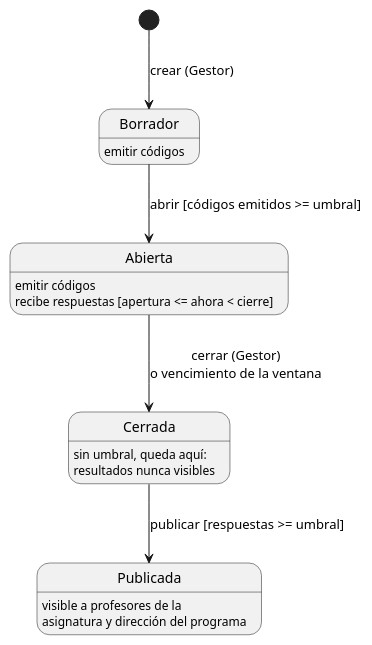
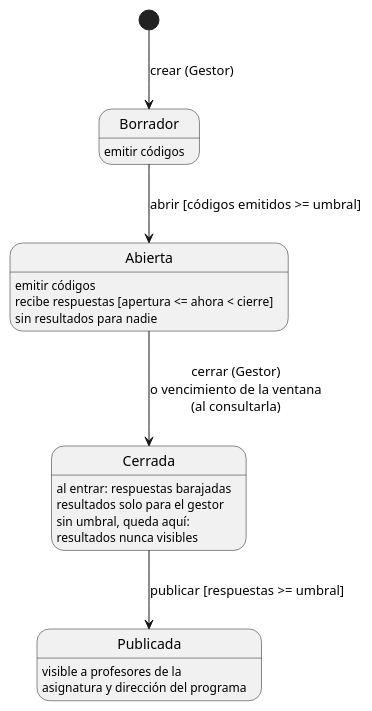
One commit to mmasias/pyPULSO changed the diagram in RUP/00-modelo-del-dominio/estados-entidades/encuesta.puml. Above: the diagram before and after it, drawn with PlantUML. The commit also changed 14 other files, not shown here.

First line of the commit message:
fix(anonimato): sin resultados en vivo y orden de llegada borrado al cerrar

```diff
--- a/RUP/00-modelo-del-dominio/estados-entidades/encuesta.puml
+++ b/RUP/00-modelo-del-dominio/estados-entidades/encuesta.puml
@@ -1,12 +1,15 @@
 @startuml encuesta
 hide empty description
 [*] --> Borrador : crear (Gestor)
 Borrador : emitir códigos
 Borrador --> Abierta : abrir [códigos emitidos >= umbral]
 Abierta : emitir códigos
 Abierta : recibe respuestas [apertura <= ahora < cierre]
-Abierta --> Cerrada : cerrar (Gestor)\no vencimiento de la ventana
+Abierta : sin resultados para nadie
+Abierta --> Cerrada : cerrar (Gestor)\no vencimiento de la ventana\n(al consultarla)
 Cerrada --> Publicada : publicar [respuestas >= umbral]
+Cerrada : al entrar: respuestas barajadas
+Cerrada : resultados solo para el gestor
 Cerrada : sin umbral, queda aquí:\nresultados nunca visibles
 Publicada : visible a profesores de la\nasignatura y dirección del programa
 @enduml
```
